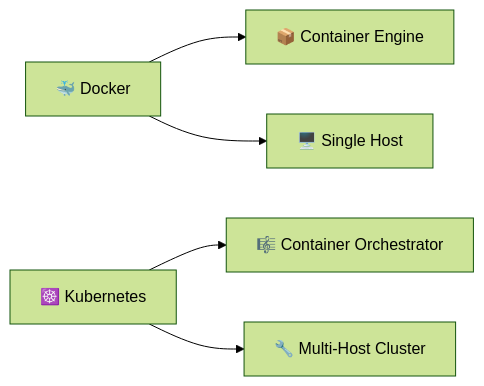
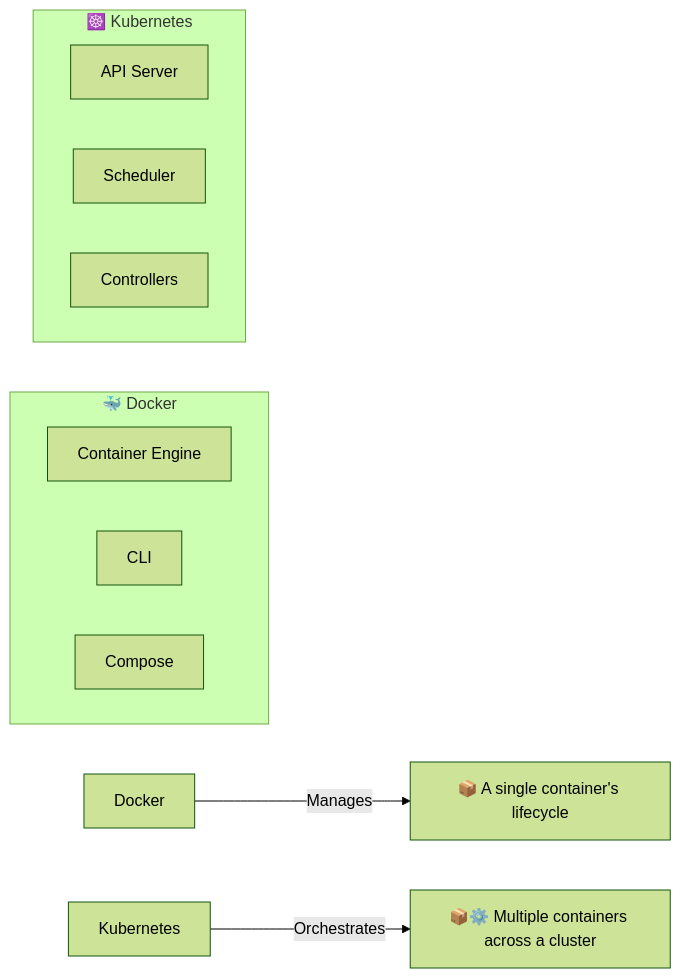
Before and after one commit to satishkumar-dhule/EA-SRE-prep: the third of 50 diagrams in Kubernetes_Visual_Interview_Prep.md, drawn with Mermaid (forest theme). The commit also changed other lines of this file and 5 other files, not shown here.

````diff
--- a/Kubernetes_Visual_Interview_Prep.md
+++ b/Kubernetes_Visual_Interview_Prep.md
@@ -57,8 +102,19 @@
 ```mermaid
 graph LR
-    Docker[🐳 Docker] --> Container[📦 Container Engine]
-    Kubernetes[☸️ Kubernetes] --> Orchestrator[🎼 Container Orchestrator]
-    
-    Docker[🐳 Docker] --> Single[🖥️ Single Host]
-    Kubernetes[☸️ Kubernetes] --> Cluster[🔧 Multi-Host Cluster]
+    subgraph "🐳 Docker"
+        direction LR
+        Docker_Engine[Container Engine]
+        Docker_CLI[CLI]
+        Docker_Compose[Compose]
+    end
+
+    subgraph "☸️ Kubernetes"
+        direction LR
+        K8s_API[API Server]
+        K8s_Scheduler[Scheduler]
+        K8s_Controllers[Controllers]
+    end
+
+    Docker -- Manages --> Single_Container[📦 A single container's lifecycle]
+    Kubernetes -- Orchestrates --> Multiple_Containers[📦⚙️ Multiple containers across a cluster]
 ```
````
